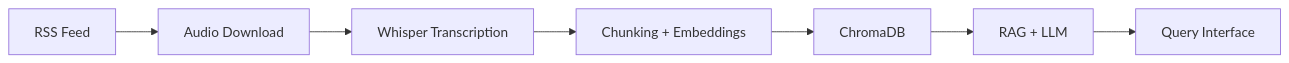
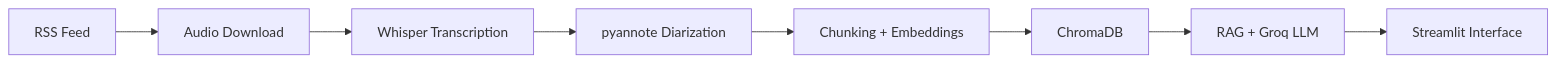
One commit to VTheStone/podcast-data-pipeline changed the diagram in README.md. Above: the diagram before and after it, drawn with Mermaid. The commit also changed other lines of this file, not shown here.

````diff
--- a/README.md
+++ b/README.md
@@ -21,9 +69,10 @@
 ```mermaid
 graph LR
     A[RSS Feed] --> B[Audio Download]
     B --> C[Whisper Transcription]
-    C --> D[Chunking + Embeddings]
-    D --> E[ChromaDB]
-    E --> F[RAG + LLM]
-    F --> G[Query Interface]
+    C --> D[pyannote Diarization]
+    D --> E[Chunking + Embeddings]
+    E --> F[ChromaDB]
+    F --> G[RAG + Groq LLM]
+    G --> H[Streamlit Interface]
 ```
````
